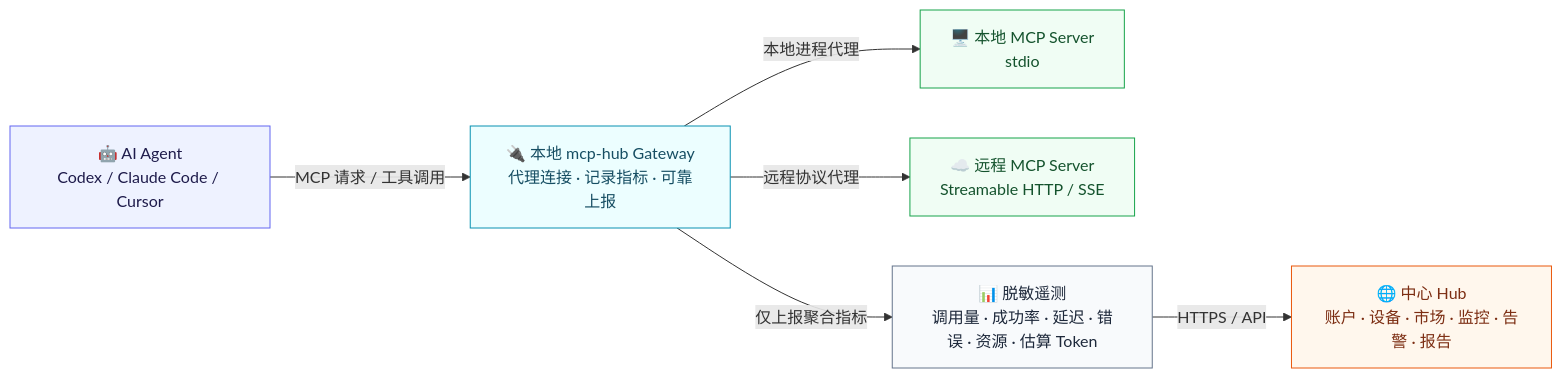
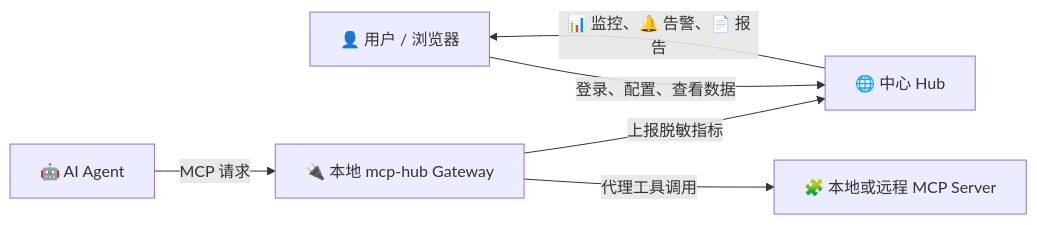
The diagram in README.md (blankbrains/McpServerHub), drawn with Mermaid before and after one commit. The commit also changed other lines of this file, not shown here.

Commit message:
docs: simplify README architecture diagram

````diff
--- a/README.md
+++ b/README.md
@@ -32,27 +32,8 @@
 ```mermaid
 flowchart LR
-    agent["🤖 AI Agent<br/>Codex / Claude Code / Cursor"]
-    gateway["🔌 本地 mcp-hub Gateway<br/>代理连接 · 记录指标 · 可靠上报"]
-    local["🖥️ 本地 MCP Server<br/>stdio"]
-    remote["☁️ 远程 MCP Server<br/>Streamable HTTP / SSE"]
-    hub["🌐 中心 Hub<br/>账户 · 设备 · 市场 · 监控 · 告警 · 报告"]
-    telemetry["📊 脱敏遥测<br/>调用量 · 成功率 · 延迟 · 错误 · 资源 · 估算 Token"]
-
-    agent -->|"MCP 请求 / 工具调用"| gateway
-    gateway -->|"本地进程代理"| local
-    gateway -->|"远程协议代理"| remote
-    gateway -->|"仅上报聚合指标"| telemetry
-    telemetry -->|"HTTPS / API"| hub
-
-    classDef actor fill:#eef2ff,stroke:#6366f1,color:#1e1b4b
-    classDef gateway fill:#ecfeff,stroke:#0891b2,color:#164e63
-    classDef server fill:#f0fdf4,stroke:#16a34a,color:#14532d
-    classDef hub fill:#fff7ed,stroke:#ea580c,color:#7c2d12
-    classDef data fill:#f8fafc,stroke:#64748b,color:#1e293b
-
-    class agent actor
-    class gateway gateway
-    class local,remote server
-    class hub hub
-    class telemetry data
+    user["👤 用户 / 浏览器"] -->|"登录、配置、查看数据"| hub["🌐 中心 Hub"]
+    agent["🤖 AI Agent"] -->|"MCP 请求"| gateway["🔌 本地 mcp-hub Gateway"]
+    gateway -->|"代理工具调用"| server["🧩 本地或远程 MCP Server"]
+    gateway -->|"上报脱敏指标"| hub
+    hub -->|"📊 监控、🔔 告警、📄 报告"| user
 ```
````
